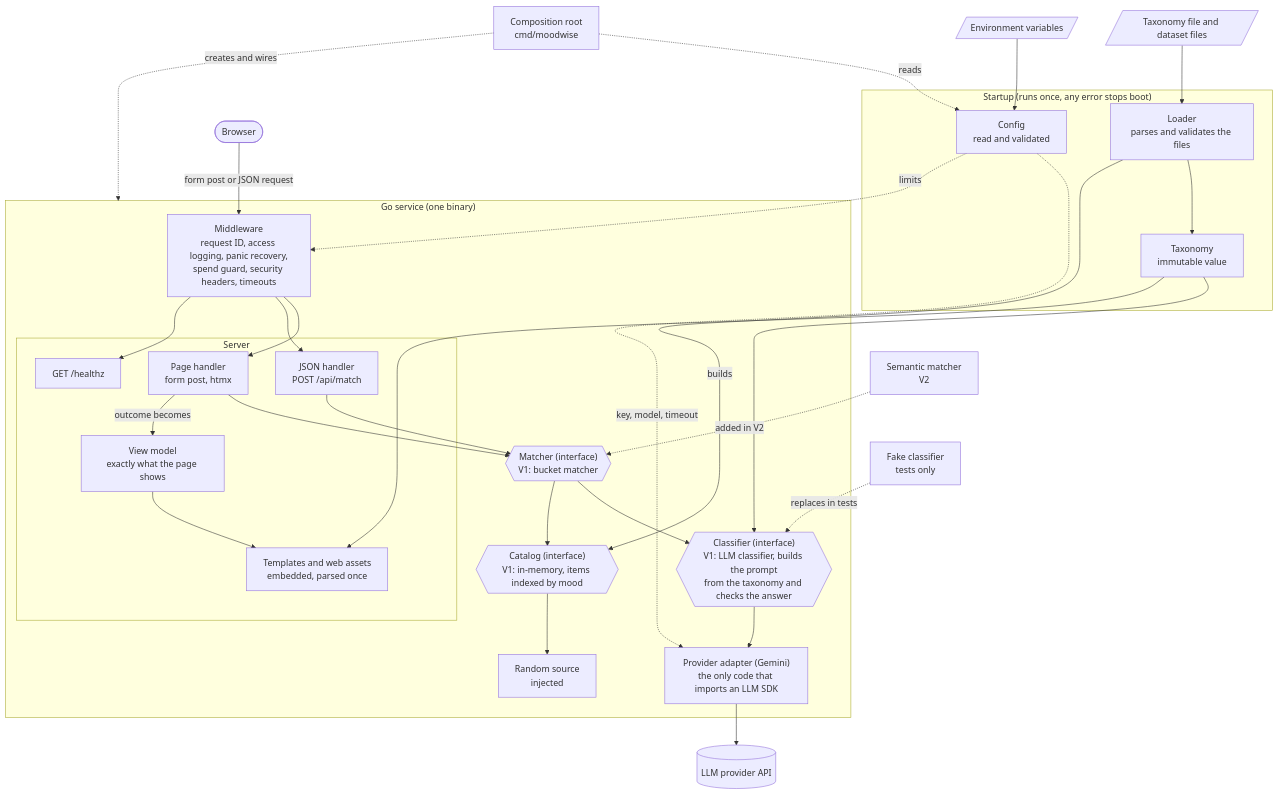
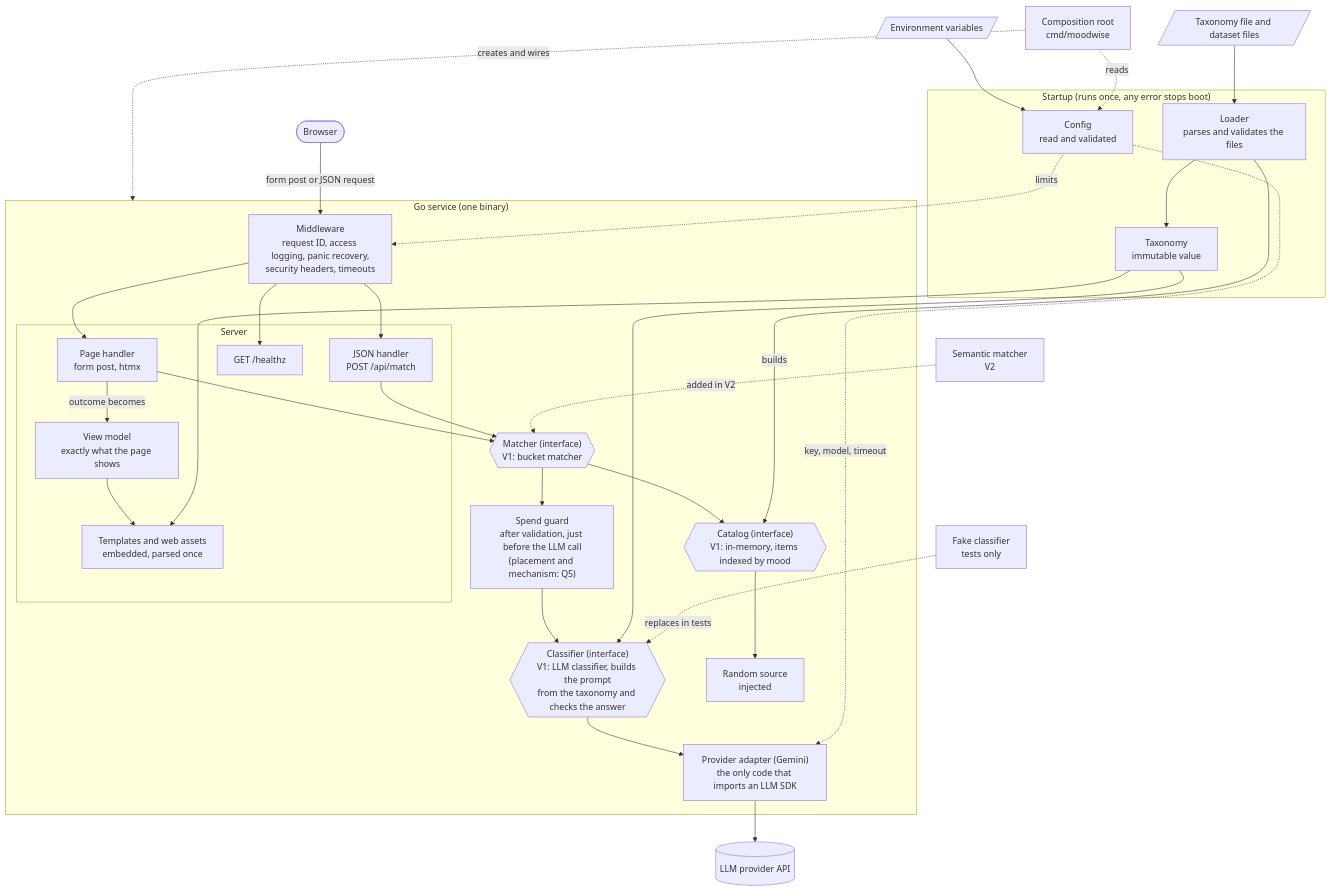
Before and after one commit to Tirtha-Chakraborty/moodwise: the second of 4 diagrams in docs/v1/design/architecture.md, drawn with Mermaid. The commit also changed other lines of this file and 5 other files, not shown here.

Commit message:
Draft the V1 TDD request flow and move the spend guard out of middleware

````diff
--- a/docs/v1/design/architecture.md
+++ b/docs/v1/design/architecture.md
@@ -41,65 +41,67 @@
 ```mermaid
 flowchart TB
     Browser(["Browser"])
     Gemini[("LLM provider API")]
     Env[/"Environment variables"/]
     Files[/"Taxonomy file and dataset files"/]
     Root["Composition root<br/>cmd/moodwise"]
 
     subgraph Startup["Startup (runs once, any error stops boot)"]
         Config["Config<br/>read and validated"]
         Loader["Loader<br/>parses and validates the files"]
         Taxonomy["Taxonomy<br/>immutable value"]
     end
 
     subgraph Service["Go service (one binary)"]
-        MW["Middleware<br/>request ID, access logging, panic recovery,<br/>spend guard, security headers, timeouts"]
+        MW["Middleware<br/>request ID, access logging, panic recovery,<br/>security headers, timeouts"]
 
         subgraph Server["Server"]
             PageH["Page handler<br/>form post, htmx"]
             APIH["JSON handler<br/>POST /api/match"]
             Health["GET /healthz"]
             VM["View model<br/>exactly what the page shows"]
             Tpl["Templates and web assets<br/>embedded, parsed once"]
         end
 
         Matcher{{"Matcher (interface)<br/>V1: bucket matcher"}}
         Classifier{{"Classifier (interface)<br/>V1: LLM classifier, builds the prompt<br/>from the taxonomy and checks the answer"}}
         Adapter["Provider adapter (Gemini)<br/>the only code that imports an LLM SDK"]
         Catalog{{"Catalog (interface)<br/>V1: in-memory, items indexed by mood"}}
         Rand["Random source<br/>injected"]
+        Guard["Spend guard<br/>after validation, just before the LLM call<br/>(placement and mechanism: Q5)"]
     end
 
     FakeC["Fake classifier<br/>tests only"]
     Semantic["Semantic matcher<br/>V2"]
 
     Browser -->|"form post or JSON request"| MW
     MW --> PageH
     MW --> APIH
     MW --> Health
 
     PageH --> Matcher
     APIH --> Matcher
     PageH -->|"outcome becomes"| VM
     VM --> Tpl
 
-    Matcher --> Classifier
+    Matcher --> Guard
+    Guard --> Classifier
     Matcher --> Catalog
     Classifier --> Adapter
     Adapter --> Gemini
     Catalog --> Rand
 
     Env --> Config
     Files --> Loader
     Loader --> Taxonomy
     Loader -->|"builds"| Catalog
     Taxonomy --> Classifier
     Taxonomy --> Tpl
 
     Root -.->|"reads"| Config
     Root -.->|"creates and wires"| Service
     Config -.->|"key, model, timeout"| Adapter
     Config -.->|"limits"| MW
     FakeC -.->|"replaces in tests"| Classifier
     Semantic -.->|"added in V2"| Matcher
 ```
````
